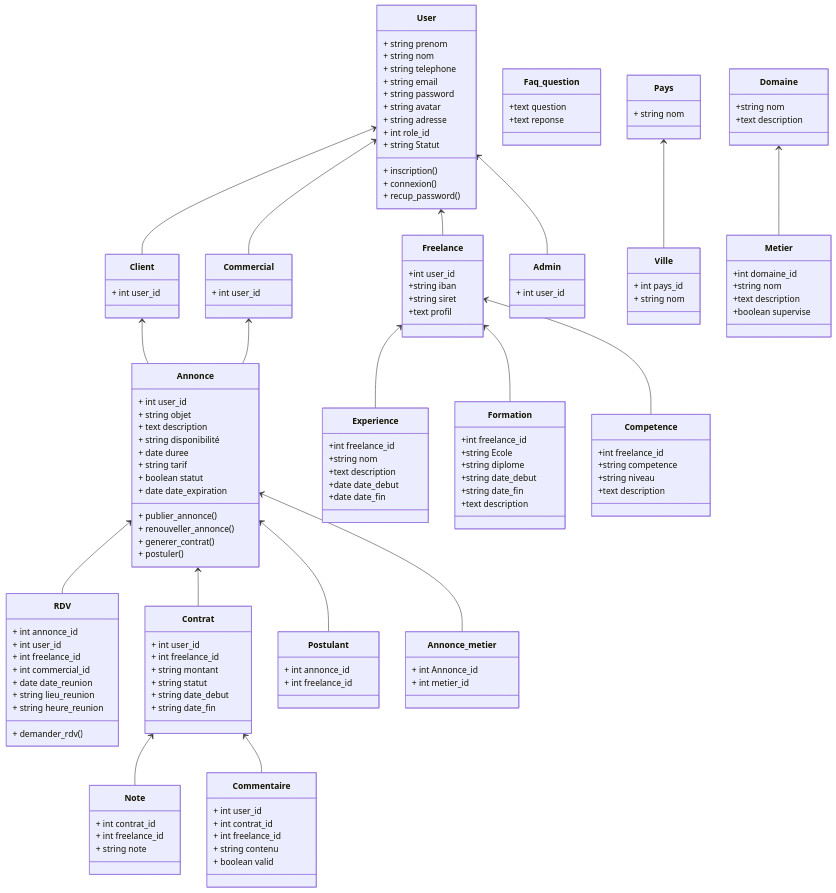
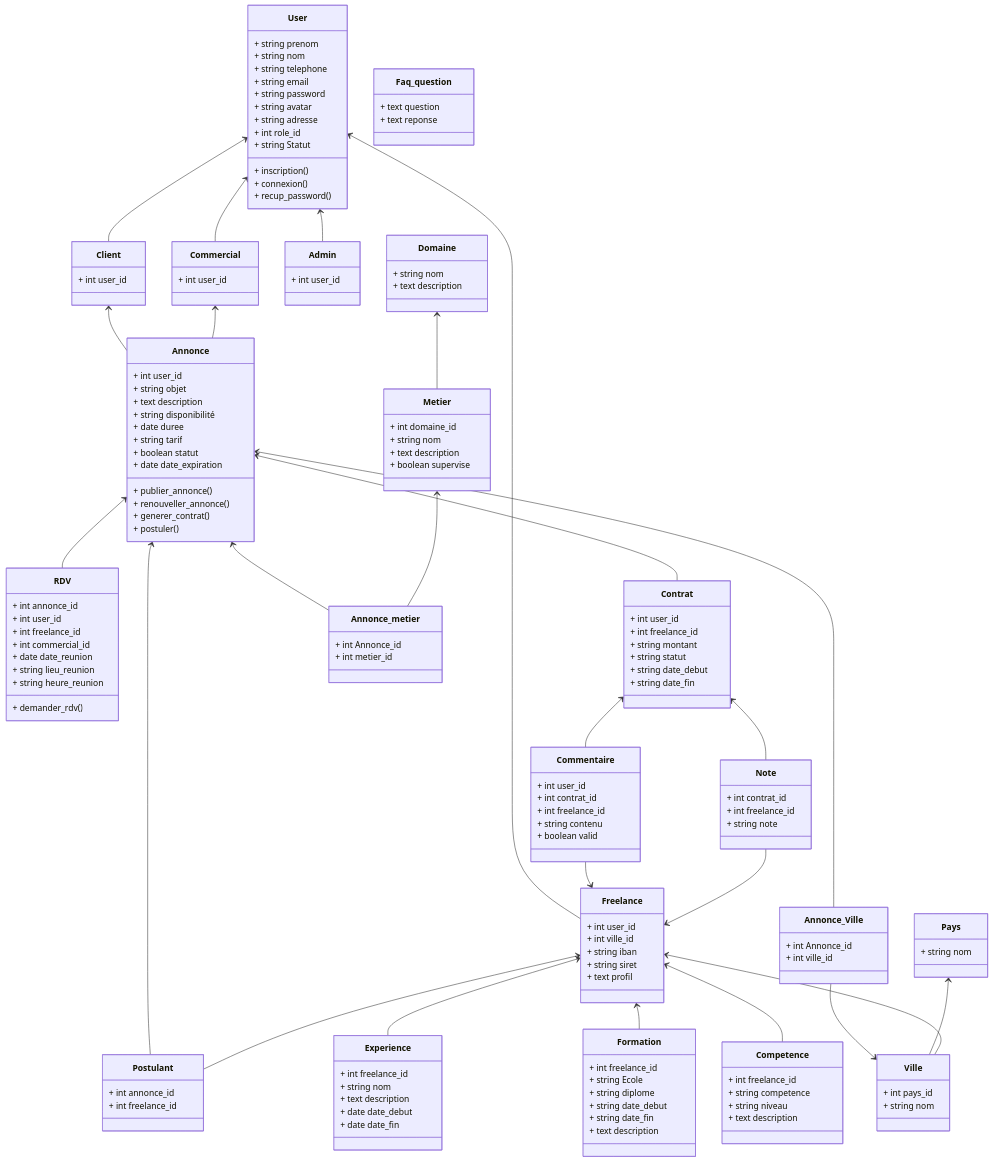
The diagram in public/docs/class_diagram.md (desmond8500/Devtools), drawn with Mermaid before and after one commit.

Commit message:
diagramme update

````diff
--- a/public/docs/class_diagram.md
+++ b/public/docs/class_diagram.md
@@ -26,8 +26,8 @@
 User <-- Commercial
 
 class Faq_question{
-  +text question    
-  +text reponse    
+  + text question    
+  + text reponse    
 }
 
 class Annonce{
@@ -49,7 +49,15 @@
 Annonce <-- Contrat
 Annonce <-- Postulant
 Annonce <-- Annonce_metier
+Metier <-- Annonce_metier
+Annonce <-- Annonce_Ville
 
+Annonce_Ville --> Ville
+
+class Annonce_Ville {
+    + int Annonce_id
+    + int ville_id
+}
 class Annonce_metier {
     + int Annonce_id
     + int metier_id
@@ -83,6 +91,9 @@
     + string contenu
     + boolean valid
 }
+
+Commentaire --> Freelance 
+
 class Contrat{
     + int user_id
     + int freelance_id
@@ -99,11 +110,12 @@
     + int freelance_id
     + string note
 }
+Note --> Freelance
 class Postulant{
     + int annonce_id
     + int freelance_id
 }
-
+Freelance <--Postulant
 class Admin{
     + int user_id
 }
@@ -117,52 +129,55 @@
 }
 
 class Freelance {
-    +int user_id
-    +string iban
-    +string siret
-    +text profil
+    + int user_id
+    + int ville_id
+    + string iban
+    + string siret
+    + text profil
 }
 
 Freelance <-- Experience
 Freelance <-- Formation
 Freelance <-- Competence
+Freelance <-- Ville
 
 class Experience {
-  +int freelance_id
-  +string nom
-  +text description 
-  +date date_debut
-  +date date_fin
+  + int freelance_id
+  + string nom
+  + text description 
+  + date date_debut
+  + date date_fin
+}
+
+
+
+class Competence {
+  + int freelance_id
+  + string competence
+  + string niveau
+  + text description 
+}
+
+class Formation {
+  + int freelance_id
+  + string Ecole
+  + string diplome
+  + string date_debut
+  + string date_fin
+  + text description 
 }
 
 class Domaine {
-  +string nom
-  +text description 
+  + string nom
+  + text description 
 }
 Domaine <-- Metier
 
 class Metier {
-  +int domaine_id
-  +string nom
-  +text description 
-  +boolean supervise
+  + int domaine_id
+  + string nom
+  + text description 
+  + boolean supervise
 }
 
-class Competence {
-  +int freelance_id
-  +string competence
-  +string niveau
-  +text description 
-}
-
-class Formation {
-  +int freelance_id
-  +string Ecole
-  +string diplome
-  +string date_debut
-  +string date_fin
-  +text description 
-}
-
-
 ```
````
